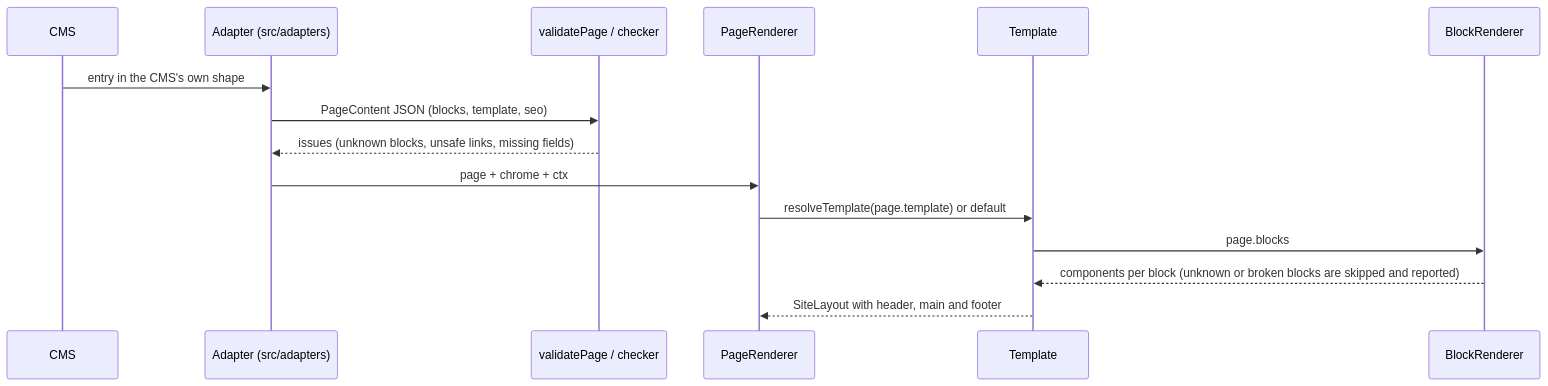
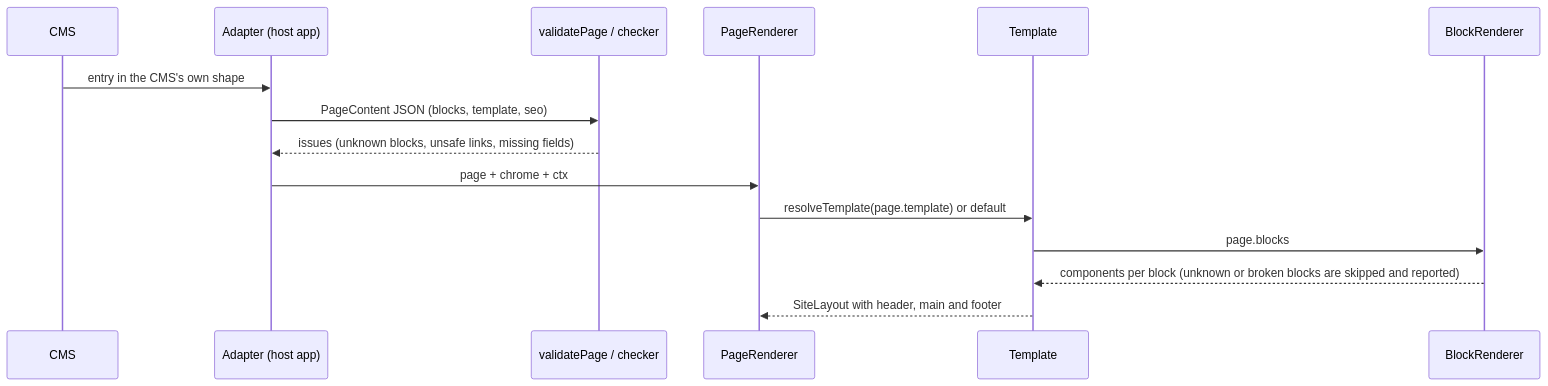
The third of 4 diagrams in docs/ARCHITECTURE.md (jpiemeisl/storybook-playwright), drawn with Mermaid before and after one commit. The commit also changed other lines of this file and 11 other files, not shown here.

````diff
--- a/docs/ARCHITECTURE.md
+++ b/docs/ARCHITECTURE.md
@@ -75,17 +106,17 @@
 ```mermaid
 sequenceDiagram
   participant CMS
-  participant Adapter as Adapter (src/adapters)
+  participant Adapter as Adapter (host app)
   participant Validate as validatePage / checker
   participant Renderer as PageRenderer
   participant Template
   participant Blocks as BlockRenderer
   CMS->>Adapter: entry in the CMS's own shape
   Adapter->>Validate: PageContent JSON (blocks, template, seo)
   Validate-->>Adapter: issues (unknown blocks, unsafe links, missing fields)
   Adapter->>Renderer: page + chrome + ctx
   Renderer->>Template: resolveTemplate(page.template) or default
   Template->>Blocks: page.blocks
   Blocks-->>Template: components per block (unknown or broken blocks are skipped and reported)
   Template-->>Renderer: SiteLayout with header, main and footer
 ```
````
